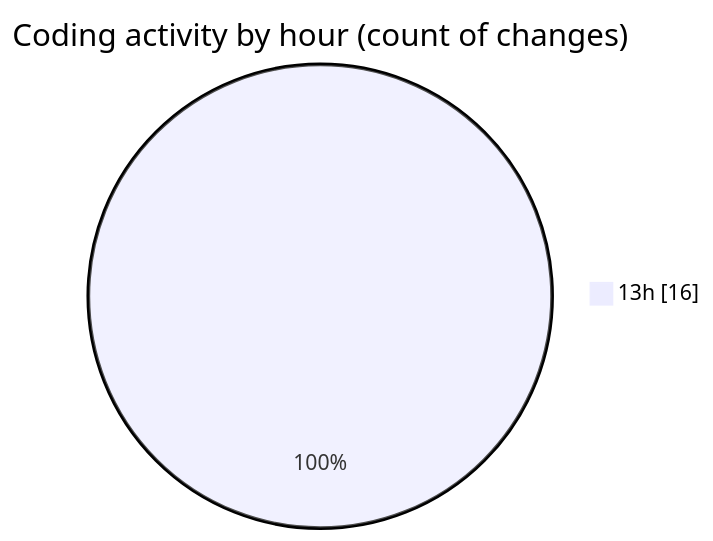
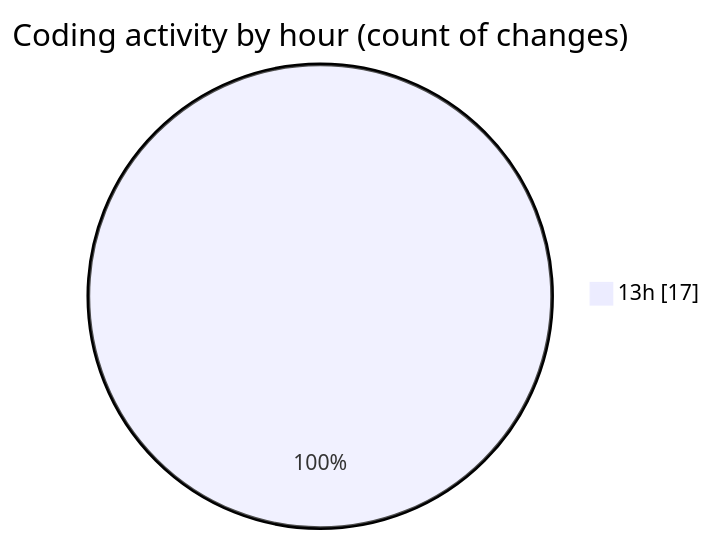
The second of 2 diagrams in 2026-10-23/cda/README.md (momahboobian/code-tracking), drawn with Mermaid before and after one commit. The commit also changed other lines of this file and 1 other file, not shown here.

````diff
--- a/2026-10-23/cda/README.md
+++ b/2026-10-23/cda/README.md
@@ -37,5 +37,5 @@
 ```mermaid
 pie showData
 title Coding activity by hour (count of changes)
-"13h" : 16
+"13h" : 17
 ```
````
